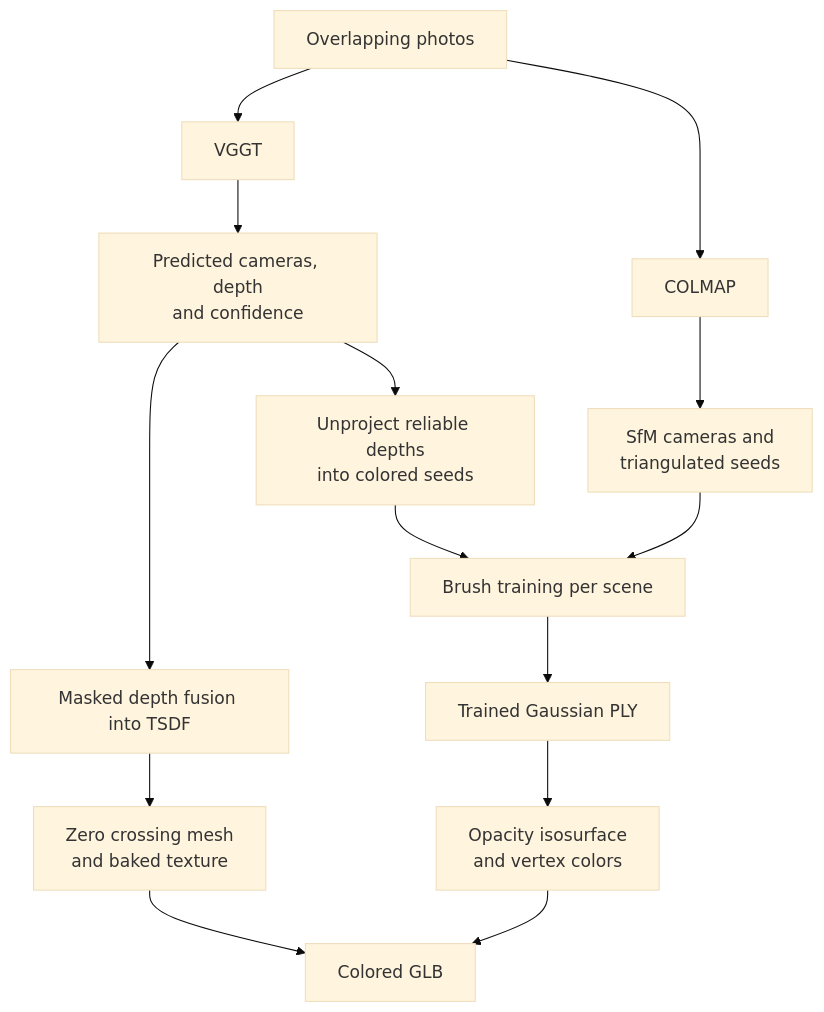
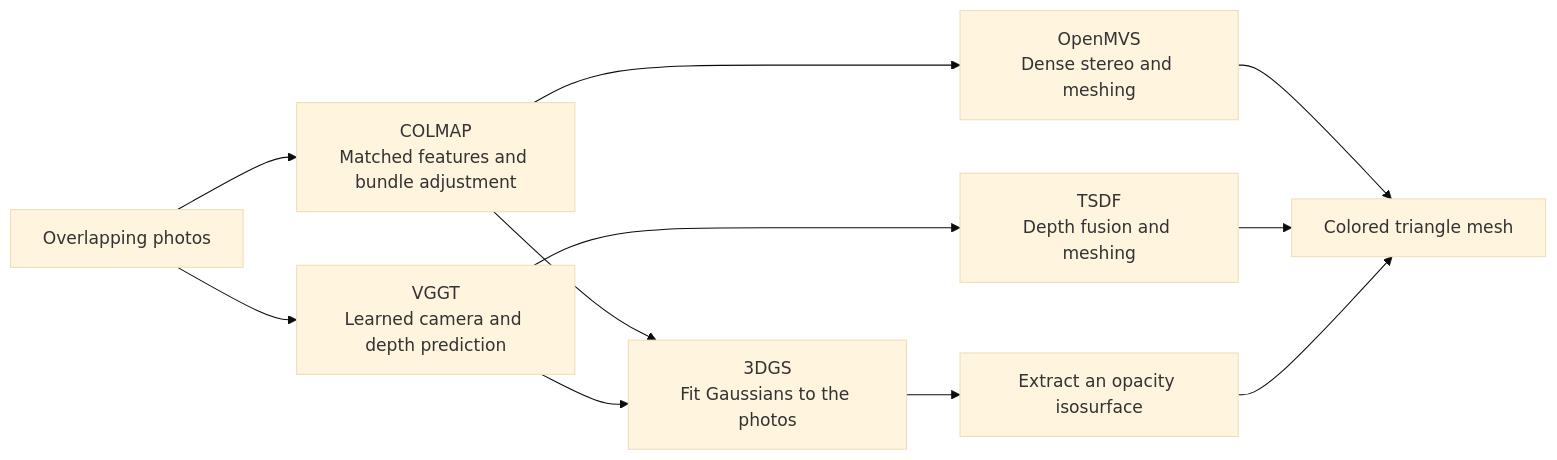
One commit to ayush-chauhan-1202/multiview_reconstruction_methods changed the second of 2 diagrams in README.md. Above: the diagram before and after it, drawn with Mermaid (base theme). The commit also changed other lines of this file, not shown here.

````diff
--- a/README.md
+++ b/README.md
@@ -67,16 +20,13 @@
 ```mermaid
-flowchart TD
-    A["Overlapping photos"] --> V["VGGT"]
-    A --> C["COLMAP"]
-    V --> P["Predicted cameras, depth<br/>and confidence"]
-    P --> T["Masked depth fusion into TSDF"]
-    T --> Z["Zero crossing mesh<br/>and baked texture"]
-    P --> U["Unproject reliable depths<br/>into colored seeds"]
-    C --> S["SfM cameras and<br/>triangulated seeds"]
-    U --> B["Brush training per scene"]
-    S --> B
-    B --> G["Trained Gaussian PLY"]
-    G --> M["Opacity isosurface<br/>and vertex colors"]
-    Z --> O["Colored GLB"]
-    M --> O
+flowchart LR
+    P["Overlapping photos"] --> C["COLMAP<br/>Matched features and bundle adjustment"]
+    P --> V["VGGT<br/>Learned camera and depth prediction"]
+    C --> O["OpenMVS<br/>Dense stereo and meshing"]
+    V --> T["TSDF<br/>Depth fusion and meshing"]
+    C --> G["3DGS<br/>Fit Gaussians to the photos"]
+    V --> G
+    G --> M["Extract an opacity isosurface"]
+    O --> F["Colored triangle mesh"]
+    T --> F
+    M --> F
 ```
````
